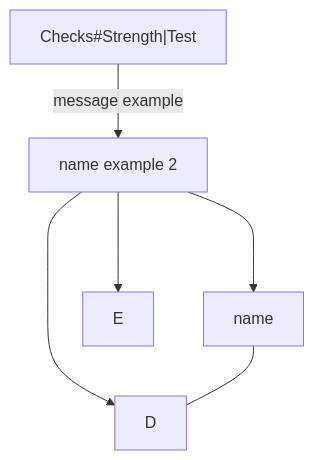
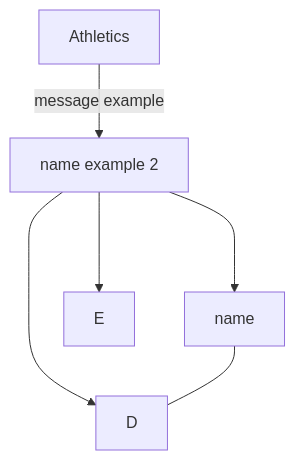
One commit to foreveryone1/ObsidianNotes changed the diagram in obsidian.md/Templates/chart.md. Above: the diagram before and after it, drawn with Mermaid. The commit also changed 4 other files, not shown here.

````diff
--- a/obsidian.md/Templates/chart.md
+++ b/obsidian.md/Templates/chart.md
@@ -1,18 +1,18 @@
 ```mermaid
 %% example of a named node: A[Named Node] only has to be declared once
 %% arrow -->
 %% line ---
 %% 2 sided arrow <-->
 %% message in middle of connection |message|;
 %% TB = top to bottom, BT = bottom to top, LR = Left to right RL = right left 
 %% Class A,B,C,D internal-link
 %% has to have the same name as the target link
 graph TD
-	A["Checks#Strength|Test"]
+	A["Athletics"]
 	B[name example 2]
 	C[name]
 	A-->|message example|B
 	B ---> D & C & E
 	C --- D	
 class A internal-link
 ```
````
